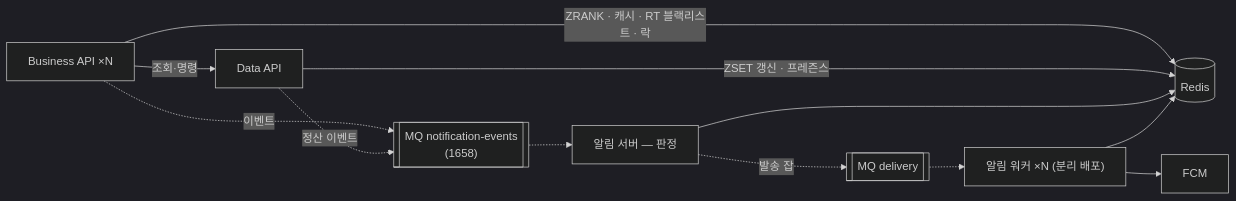
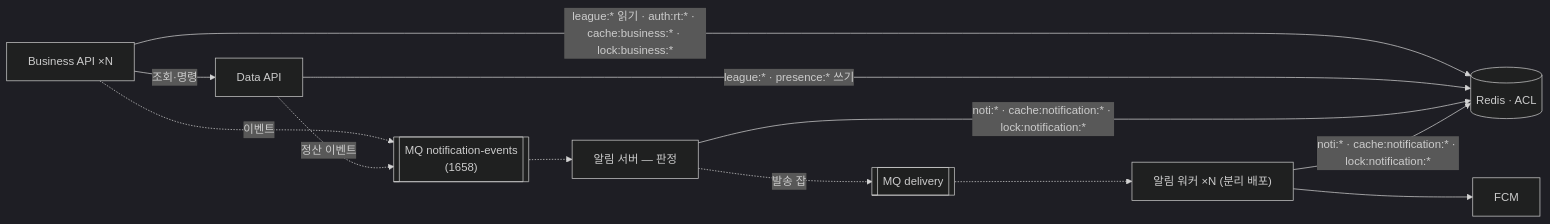
One commit to OneOrThree/phone changed the second of 2 diagrams in docs/architecture/service-architecture.md. Above: the diagram before and after it, drawn with Mermaid (dark theme). The commit also changed other lines of this file and 2 other files, not shown here.

Commit message:
[CHORE] GROMO-1727 2라운드 반영 — A19 를 네임스페이스 표 + Redis ACL 강제로, README 노출면·다이어그램 갱신 단계 추가
- decisions.md A19: 산문 → 표(league·presence·noti·auth:rt·cache:<svc>·lock:<svc>, 쓰기 소유자/읽기), 강제 = Redis ACL(서비스별 유저·키 패턴·명령), 관례로 남는 부분 명시
- service-architecture.md: Target-2 다이어그램 라벨을 네임스페이스로, §4·§8 동기화
- README: 6단계 → 8단계 (§2.1 공인 노출면 등록, 그림·표·본문 3중 대조)

Claude-Session: https://claude.ai/code/session_01VrPncYyWFtPjjL2U2WMwRz

````diff
--- a/docs/architecture/service-architecture.md
+++ b/docs/architecture/service-architecture.md
@@ -127,13 +127,13 @@
 ```mermaid
 flowchart LR
   BIZ["Business API ×N"] -->|"조회·명령"| DATA["Data API"]
-  BIZ -->|"ZRANK · 캐시 · RT 블랙리스트 · 락"| REDIS[("Redis")]
-  DATA -->|"ZSET 갱신 · 프레즌스"| REDIS
+  BIZ -->|"league:* 읽기 · auth:rt:* · cache:business:* · lock:business:*"| REDIS[("Redis · ACL")]
+  DATA -->|"league:* · presence:* 쓰기"| REDIS
   BIZ -.->|"이벤트"| MQ[["MQ notification-events<br/>(1658)"]]
   DATA -.->|"정산 이벤트"| MQ
   MQ -.-> NSJ["알림 서버 — 판정"]
   NSJ -.->|"발송 잡"| MQ2[["MQ delivery"]]
   MQ2 -.-> NSW["알림 워커 ×N (분리 배포)"]
   NSW --> FCM["FCM"]
-  NSJ & NSW --> REDIS
+  NSJ & NSW -->|"noti:* · cache:notification:* · lock:notification:*"| REDIS
 ```
````
